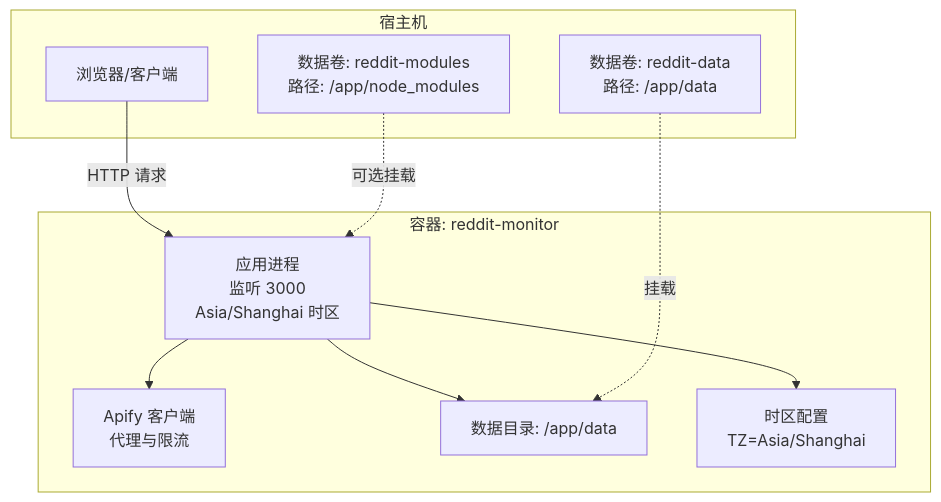
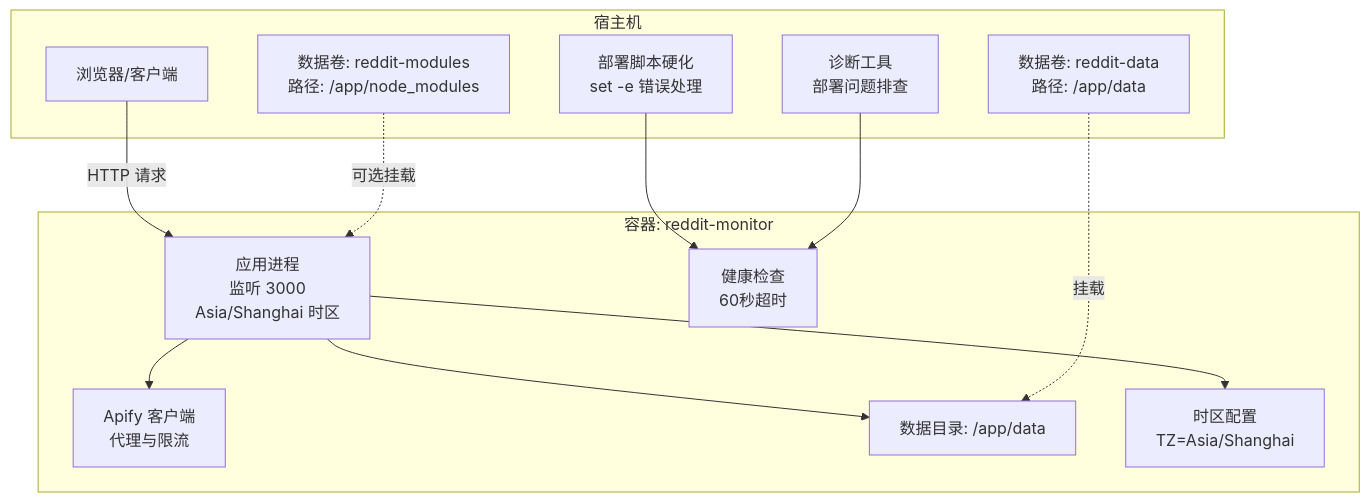
The second of 6 diagrams in .qoder/repowiki/zh/content/部署指南/容器化部署.md (zezzezzez/reddit), drawn with Mermaid before and after one commit. The commit also changed other lines of this file and 21 other files, not shown here.

````diff
--- a/.qoder/repowiki/zh/content/部署指南/容器化部署.md
+++ b/.qoder/repowiki/zh/content/部署指南/容器化部署.md
@@ -97,20 +105,25 @@
 ```mermaid
 graph TB
 subgraph "宿主机"
 U["浏览器/客户端"]
 V["数据卷: reddit-data<br/>路径: /app/data"]
 W["数据卷: reddit-modules<br/>路径: /app/node_modules"]
+X["部署脚本硬化<br/>set -e 错误处理"]
+Y["诊断工具<br/>部署问题排查"]
 end
 subgraph "容器: reddit-monitor"
 P["应用进程<br/>监听 3000<br/>Asia/Shanghai 时区"]
 A["Apify 客户端<br/>代理与限流"]
 D["数据目录: /app/data"]
 TZ["时区配置<br/>TZ=Asia/Shanghai"]
+HC["健康检查<br/>60秒超时"]
 end
 U --> |"HTTP 请求"| P
 P --> A
 P --> D
 P --> TZ
 V -. 挂载 .-> D
 W -. 可选挂载 .-> P
+X --> HC
+Y --> HC
 ```
````
